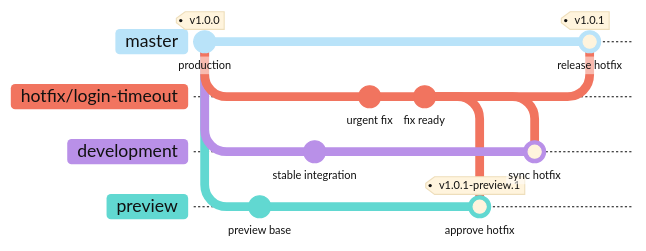
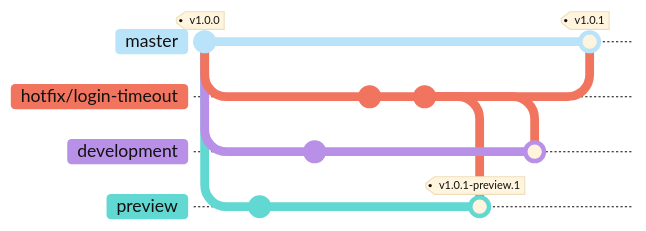
One commit to JoseManuelKun/gitflow-preview changed the diagram in diagrams/gitgraph/02-gitgraph-hotfix-flow.mmd. Above: the diagram before and after it, drawn with Mermaid. The commit also changed 2 other files, not shown here.

Commit message:
docs: update gitflow docs and diagrams for production releases
expand the README to list production releases as a primary branch flow
fix spacing around mermaid commit id labels in diagram files
adjust showCommitLabel setting in the hotfix flow diagram to align with other graphs

```diff
--- a/diagrams/gitgraph/02-gitgraph-hotfix-flow.mmd
+++ b/diagrams/gitgraph/02-gitgraph-hotfix-flow.mmd
@@ -1,27 +1,27 @@
-%%{init: { "theme": "base", "themeVariables": { "git0": "#b9e3f9", "git1": "#f1745f", "git2": "#b990e8", "git3": "#61d8d1", "gitBranchLabel0": "#111111", "gitBranchLabel1": "#111111", "gitBranchLabel2": "#111111", "gitBranchLabel3": "#111111", "commitLabelColor": "#111111", "commitLabelBackground": "#ffffff", "primaryTextColor": "#111111" }, "gitGraph": { "mainBranchName": "master", "mainBranchOrder": 0, "showCommitLabel": true, "rotateCommitLabel": false } }}%%
+%%{init: { "theme": "base", "themeVariables": { "git0": "#b9e3f9", "git1": "#f1745f", "git2": "#b990e8", "git3": "#61d8d1", "gitBranchLabel0": "#111111", "gitBranchLabel1": "#111111", "gitBranchLabel2": "#111111", "gitBranchLabel3": "#111111", "commitLabelColor": "#111111", "commitLabelBackground": "#ffffff", "primaryTextColor": "#111111" }, "gitGraph": { "mainBranchName": "master", "mainBranchOrder": 0, "showCommitLabel": false, "rotateCommitLabel": false } }}%%
 gitGraph LR:
     commit id: "production" tag: "v1.0.0"
 
     branch preview order: 4
     checkout preview
     commit id: "preview base"
 
     checkout master
     branch development order: 2
     checkout development
     commit id: "stable integration"
 
     checkout master
     branch "hotfix/login-timeout" order: 1
     checkout "hotfix/login-timeout"
     commit id: "urgent fix"
     commit id: "fix ready"
 
     checkout preview
     merge "hotfix/login-timeout" id: "approve hotfix" tag: "v1.0.1-preview.1"
 
     checkout development
     merge "hotfix/login-timeout" id: "sync hotfix"
 
     checkout master
     merge "hotfix/login-timeout" id: "release hotfix" tag: "v1.0.1"
```
